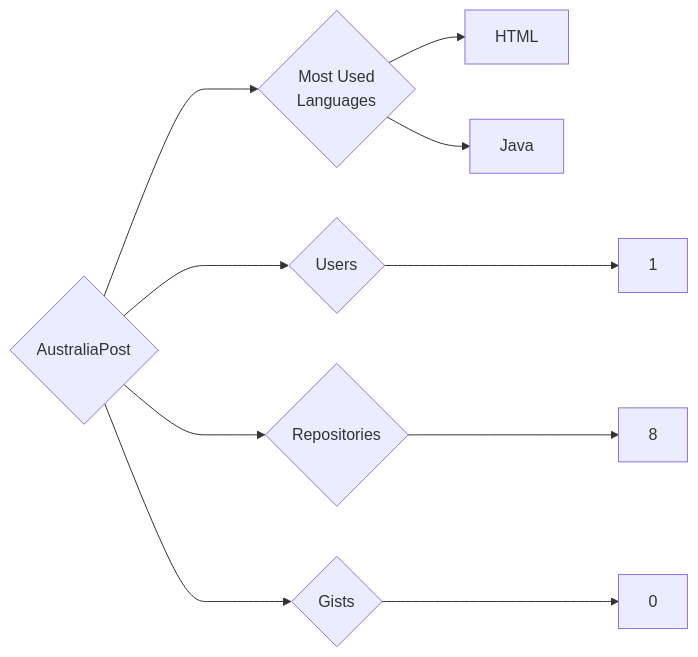
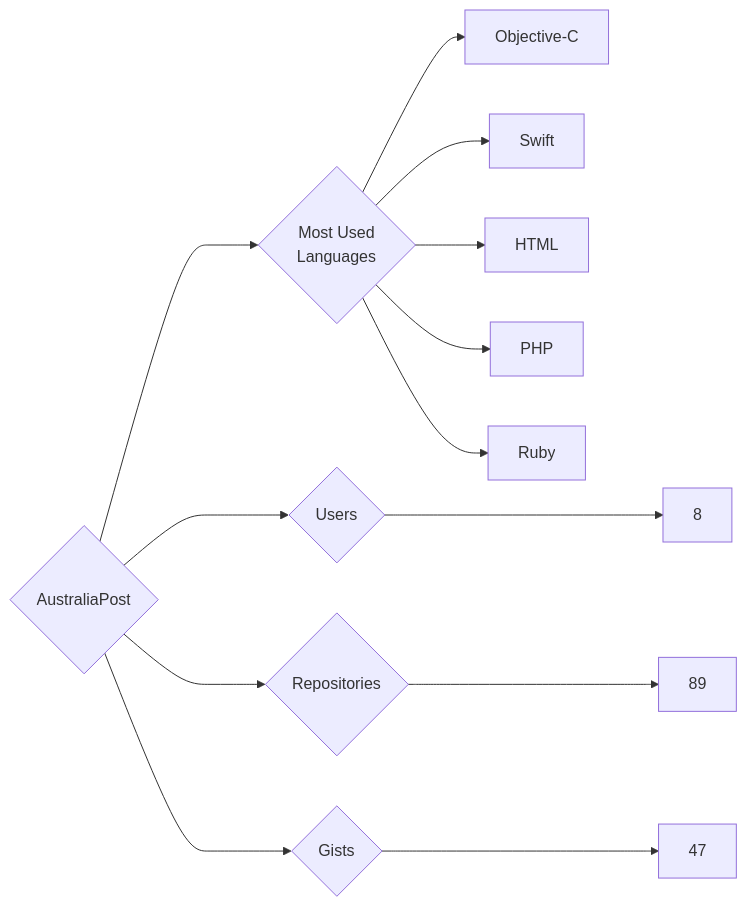
Before and after one commit to trickest/insiders: the diagram in targets/AustraliaPost/README.md, drawn with Mermaid. The commit also changed 1314 other files, not shown here.

````diff
--- a/targets/AustraliaPost/README.md
+++ b/targets/AustraliaPost/README.md
@@ -3,10 +3,13 @@
 ```mermaid
 graph LR
 COMPANY_NAME{AustraliaPost}
-COMPANY_NAME ---> U{Users} ---> UN[1]
-COMPANY_NAME ---> R{Repositories} ---> RN[8]
-COMPANY_NAME ---> G{Gists} ---> GN[0]
+COMPANY_NAME ---> U{Users} ---> UN[8]
+COMPANY_NAME ---> R{Repositories} ---> RN[89]
+COMPANY_NAME ---> G{Gists} ---> GN[47]
 COMPANY_NAME ---> ML{Most Used<br>Languages}
+ML --> Objective-C[Objective-C]
+ML --> Swift[Swift]
 ML --> HTML[HTML]
-ML --> Java[Java]
+ML --> PHP[PHP]
+ML --> Ruby[Ruby]
 ```
````
